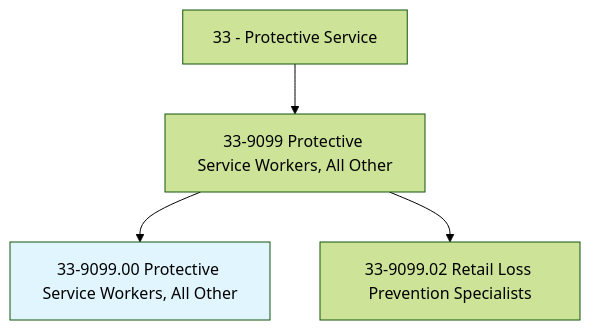
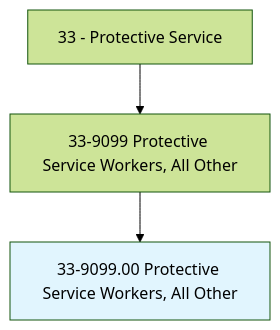
One commit to kziemski/business.org.ai changed the first of 4 diagrams in occupations/PublicSafety/ProtectiveServiceWorkers.mdx. Above: the diagram before and after it, drawn with Mermaid (forest theme). The commit also changed other lines of this file and 938 other files, not shown here.

````diff
--- a/occupations/PublicSafety/ProtectiveServiceWorkers.mdx
+++ b/occupations/PublicSafety/ProtectiveServiceWorkers.mdx
@@ -19,7 +23,6 @@
 ```mermaid
 graph TD
     Cat33["33 - Protective Service"] --> Group339099["33-9099 Protective Service Workers, All Other"]
     Group339099 --> Current["33-9099.00 Protective Service Workers, All Other"]
     style Current fill:#e1f5fe
-    Group339099 --> V33909902["33-9099.02 Retail Loss Prevention Specialists"]
 ```
````
